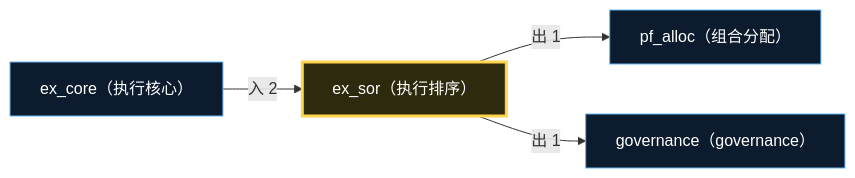
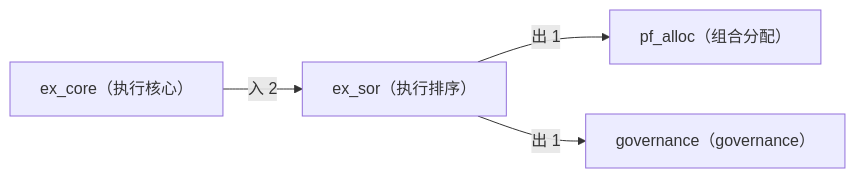
Before and after one commit to xuanFelixVan/ZephyrAlpha: the second of 2 diagrams in docs/02_enterprise_architecture/06_decision_architecture/15_decision_l3_ex_sor.md, drawn with Mermaid. The commit also changed other lines of this file and 23 other files, not shown here.

First line of the commit message:
style(decision-diagram): 移除所有 mermaid classDef，照搬 application_flows.md 纯默认主题

````diff
--- a/docs/02_enterprise_architecture/06_decision_architecture/15_decision_l3_ex_sor.md
+++ b/docs/02_enterprise_architecture/06_decision_architecture/15_decision_l3_ex_sor.md
@@ -97,13 +91,10 @@
 ```mermaid
 flowchart LR
-    SELF["ex_sor（执行排序）"]:::selfDomain
-    EXT_pf_alloc["pf_alloc（组合分配）"]:::extDomain
+    SELF["ex_sor（执行排序）"]
+    EXT_pf_alloc["pf_alloc（组合分配）"]
     SELF -->|出 1| EXT_pf_alloc
-    EXT_governance["governance（governance）"]:::extDomain
+    EXT_governance["governance（governance）"]
     SELF -->|出 1| EXT_governance
-    EXT_ex_core["ex_core（执行核心）"]:::extDomain
+    EXT_ex_core["ex_core（执行核心）"]
     EXT_ex_core -->|入 2| SELF
-
-    classDef selfDomain fill:#2e2a0d,stroke:#ffd54f,stroke-width:3px,color:#fff
-    classDef extDomain fill:#0d1b2e,stroke:#64b5f6,stroke-width:1px,color:#fff
 ```
````
